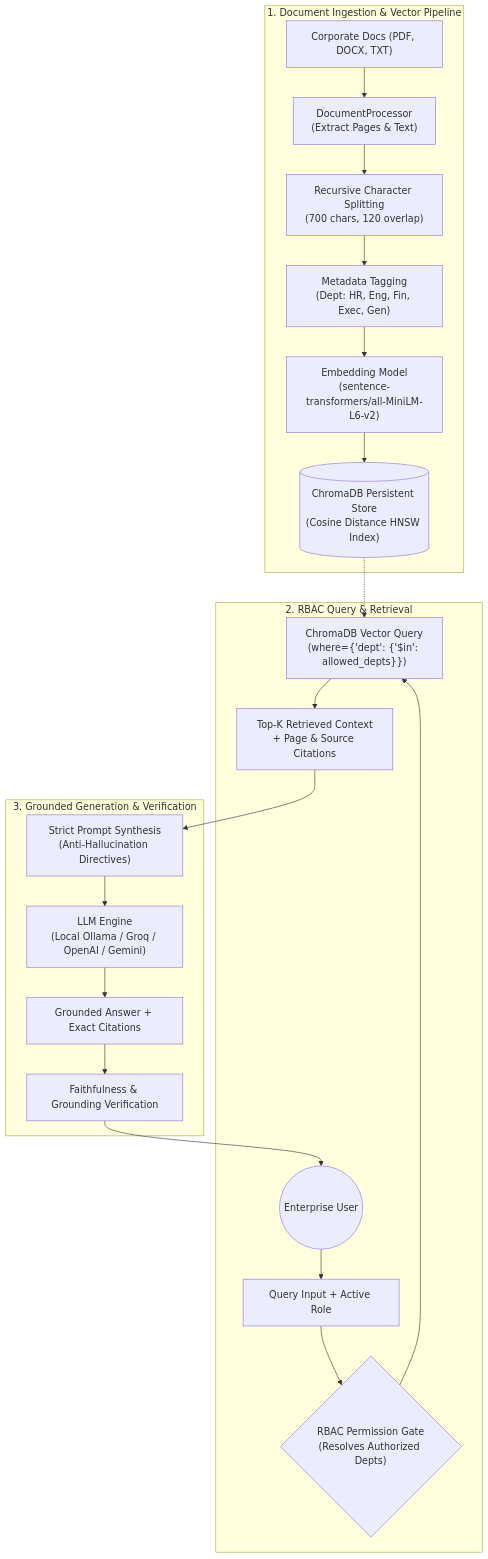
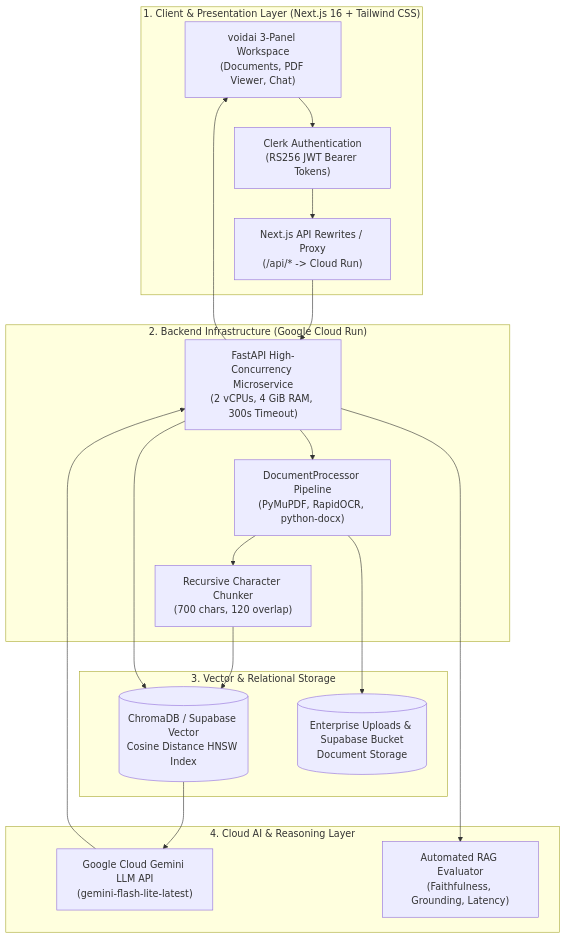
Before and after one commit to voldemort-thedarklord/voidai-rag: the diagram in README.md, drawn with Mermaid. The commit also changed other lines of this file and 3 other files, not shown here.

Commit message:
docs: update README with Cloud Run architecture, add TECH_STACK.md, updated evaluator benchmarks and workflow diagram

````diff
--- a/README.md
+++ b/README.md
@@ -23,26 +26,37 @@
 ```mermaid
 flowchart TD
-    subgraph INGESTION["1. Document Ingestion & Vector Pipeline"]
-        A["Corporate Docs (PDF, DOCX, TXT)"] --> B["DocumentProcessor\n(Extract Pages & Text)"]
-        B --> C["Recursive Character Splitting\n(700 chars, 120 overlap)"]
-        C --> D["Metadata Tagging\n(Dept: HR, Eng, Fin, Exec, Gen)"]
-        D --> E["Embedding Model\n(sentence-transformers/all-MiniLM-L6-v2)"]
-        E --> F[("ChromaDB Persistent Store\n(Cosine Distance HNSW Index)")]
+    subgraph CLIENT["1. Client & Presentation Layer (Next.js 16 + Tailwind CSS)"]
+        UI["voidai 3-Panel Workspace\n(Documents, PDF Viewer, Chat)"]
+        Auth["Clerk Authentication\n(RS256 JWT Bearer Tokens)"]
+        Proxy["Next.js API Rewrites / Proxy\n(/api/* -> Cloud Run)"]
     end
 
-    subgraph QUERY["2. RBAC Query & Retrieval"]
-        User(("Enterprise User")) --> G["Query Input + Active Role"]
-        G --> H{"RBAC Permission Gate\n(Resolves Authorized Depts)"}
-        H --> I["ChromaDB Vector Query\n(where={'dept': {'$in': allowed_depts}})"]
-        F -.-> I
-        I --> J["Top-K Retrieved Context\n+ Page & Source Citations"]
+    subgraph CLOUD_RUN["2. Backend Infrastructure (Google Cloud Run)"]
+        FastAPI["FastAPI High-Concurrency Microservice\n(2 vCPUs, 4 GiB RAM, 300s Timeout)"]
+        DocProc["DocumentProcessor Pipeline\n(PyMuPDF, RapidOCR, python-docx)"]
+        Chunker["Recursive Character Chunker\n(700 chars, 120 overlap)"]
     end
 
-    subgraph GENERATION["3. Grounded Generation & Verification"]
-        J --> K["Strict Prompt Synthesis\n(Anti-Hallucination Directives)"]
-        K --> L["LLM Engine\n(Local Ollama / Groq / OpenAI / Gemini)"]
-        L --> M["Grounded Answer + Exact Citations"]
-        M --> N["Faithfulness & Grounding Verification"]
-        N --> User
+    subgraph STORAGE["3. Vector & Relational Storage"]
+        VStore[("ChromaDB / Supabase Vector\nCosine Distance HNSW Index")]
+        Uploads[("Enterprise Uploads & Supabase Bucket\nDocument Storage")]
     end
+
+    subgraph AI_CORE["4. Cloud AI & Reasoning Layer"]
+        Gemini["Google Cloud Gemini LLM API\n(gemini-flash-lite-latest)"]
+        Evaluator["Automated RAG Evaluator\n(Faithfulness, Grounding, Latency)"]
+    end
+
+    UI --> Auth
+    Auth --> Proxy
+    Proxy --> FastAPI
+    FastAPI --> DocProc
+    DocProc --> Chunker
+    Chunker --> VStore
+    DocProc --> Uploads
+    FastAPI --> VStore
+    VStore --> Gemini
+    Gemini --> FastAPI
+    FastAPI --> UI
+    FastAPI --> Evaluator
 ```
````
